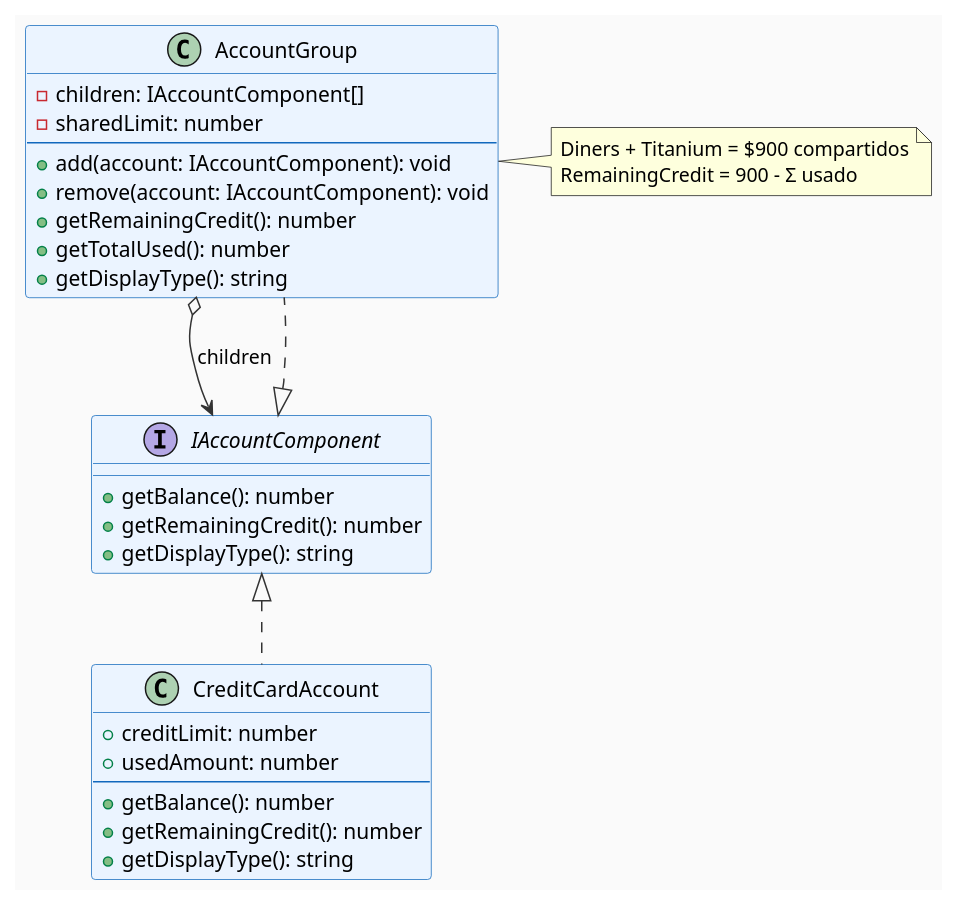
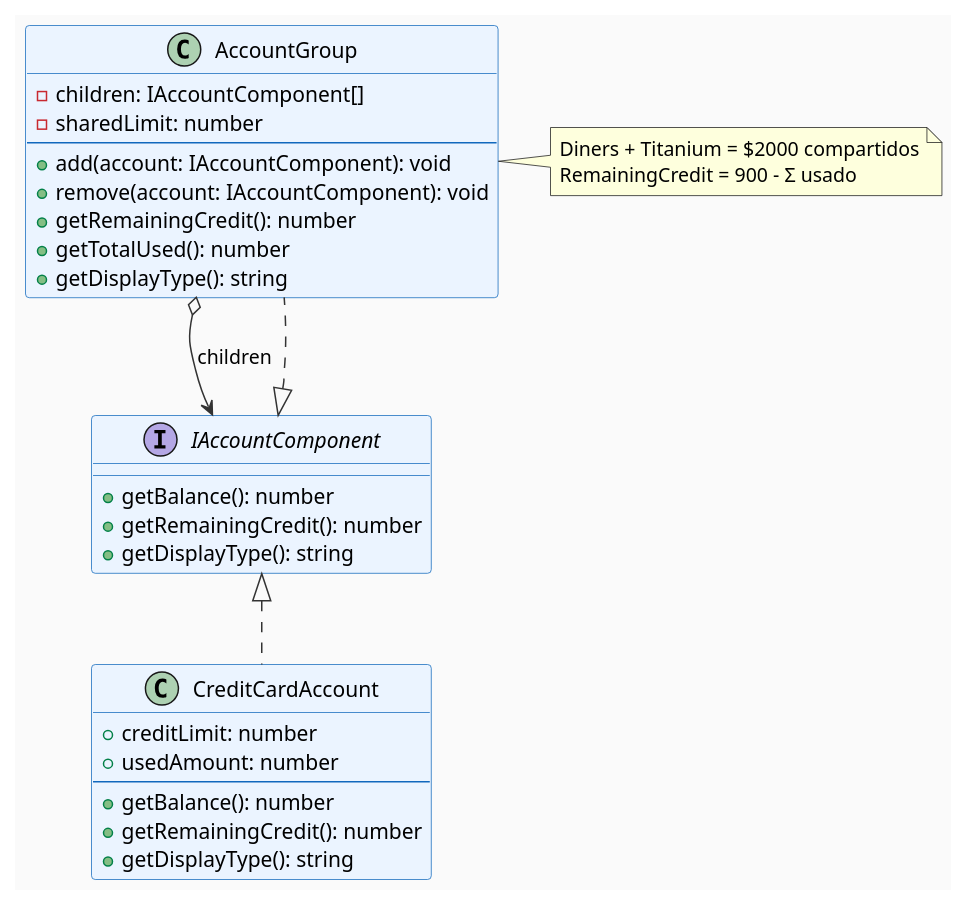
Before and after one commit to root-jeff/Sotang-Documentation: the fifth of 9 diagrams in entrega2/patrones-diseno.md, drawn with PlantUML. The commit also changed other lines of this file and 4 other files, not shown here.

````diff
--- a/entrega2/patrones-diseno.md
+++ b/entrega2/patrones-diseno.md
@@ -241,40 +241,40 @@
 ```plantuml
 @startuml patron-composite
 skinparam backgroundColor #FAFAFA
 skinparam classBackgroundColor #EBF4FF
 skinparam classBorderColor #1168bd
 skinparam ArrowColor #333333
 
 interface IAccountComponent {
     + getBalance(): number
     + getRemainingCredit(): number
     + getDisplayType(): string
 }
 
 class CreditCardAccount {
     + creditLimit: number
     + usedAmount: number
     --
     + getBalance(): number
     + getRemainingCredit(): number
     + getDisplayType(): string
 }
 
 class AccountGroup {
     - children: IAccountComponent[]
     - sharedLimit: number
     --
     + add(account: IAccountComponent): void
     + remove(account: IAccountComponent): void
     + getRemainingCredit(): number
     + getTotalUsed(): number
     + getDisplayType(): string
 }
 
 IAccountComponent <|.. CreditCardAccount
 IAccountComponent <|.. AccountGroup
 AccountGroup o--> IAccountComponent : children
 
-note right of AccountGroup : Diners + Titanium = $900 compartidos\nRemainingCredit = 900 - Σ usado
+note right of AccountGroup : Diners + Titanium = $2000 compartidos\nRemainingCredit = 900 - Σ usado
 @enduml
 ```
````
